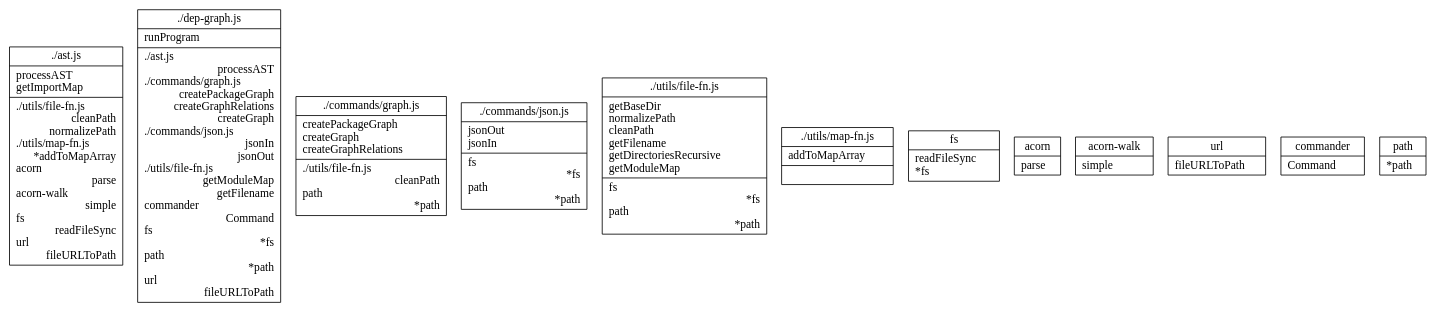
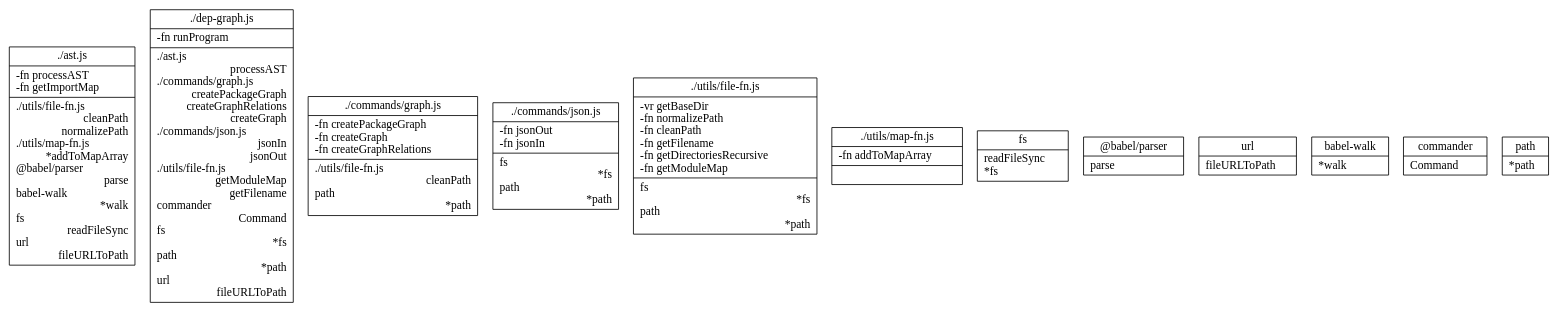
The diagram in __tests__/out-eg/srcDependencies.dot (fleebe/dep-graph), drawn with Graphviz before and after one commit. The commit also changed 14 other files, not shown here.

```diff
--- a/__tests__/out-eg/srcDependencies.dot
+++ b/__tests__/out-eg/srcDependencies.dot
@@ -1,86 +1,86 @@
 digraph {
 node [shape=record];
 "./ast.js" [label="{ ./ast.js | 
-	 processAST \l
-	 getImportMap \l
+	 -fn processAST \l
+	 -fn getImportMap \l
 |		./utils/file-fn.js\l		cleanPath\r
 		normalizePath\r
 		./utils/map-fn.js\l		*addToMapArray\r
-		acorn\l		parse\r
-		acorn-walk\l		simple\r
+		@babel/parser\l		parse\r
+		babel-walk\l		*walk\r
 		fs\l		readFileSync\r
 		url\l		fileURLToPath\r
 }"];
 
 "./dep-graph.js" [label="{ ./dep-graph.js | 
-	 runProgram \l
+	 -fn runProgram \l
 |		./ast.js\l		processAST\r
 		./commands/graph.js\l		createPackageGraph\r
 		createGraphRelations\r
 		createGraph\r
 		./commands/json.js\l		jsonIn\r
 		jsonOut\r
 		./utils/file-fn.js\l		getModuleMap\r
 		getFilename\r
 		commander\l		Command\r
 		fs\l		*fs\r
 		path\l		*path\r
 		url\l		fileURLToPath\r
 }"];
 
 "./commands/graph.js" [label="{ ./commands/graph.js | 
-	 createPackageGraph \l
-	 createGraph \l
-	 createGraphRelations \l
+	 -fn createPackageGraph \l
+	 -fn createGraph \l
+	 -fn createGraphRelations \l
 |		./utils/file-fn.js\l		cleanPath\r
 		path\l		*path\r
 }"];
 
 "./commands/json.js" [label="{ ./commands/json.js | 
-	 jsonOut \l
-	 jsonIn \l
+	 -fn jsonOut \l
+	 -fn jsonIn \l
 |		fs\l		*fs\r
 		path\l		*path\r
 }"];
 
 "./utils/file-fn.js" [label="{ ./utils/file-fn.js | 
-	 getBaseDir \l
-	 normalizePath \l
-	 cleanPath \l
-	 getFilename \l
-	 getDirectoriesRecursive \l
-	 getModuleMap \l
+	 -vr getBaseDir \l
+	 -fn normalizePath \l
+	 -fn cleanPath \l
+	 -fn getFilename \l
+	 -fn getDirectoriesRecursive \l
+	 -fn getModuleMap \l
 |		fs\l		*fs\r
 		path\l		*path\r
 }"];
 
 "./utils/map-fn.js" [label="{ ./utils/map-fn.js | 
-	 addToMapArray \l
+	 -fn addToMapArray \l
 |}"];
 
 "fs" [label="{fs|
 	readFileSync\l
 	*fs\l
 }"];
 
-"acorn" [label="{acorn|
+"@babel/parser" [label="{@babel/parser|
 	parse\l
-}"];
-
-"acorn-walk" [label="{acorn-walk|
-	simple\l
 }"];
 
 "url" [label="{url|
 	fileURLToPath\l
+}"];
+
+"babel-walk" [label="{babel-walk|
+	*walk\l
 }"];
 
 "commander" [label="{commander|
 	Command\l
 }"];
 
 "path" [label="{path|
 	*path\l
 }"];
 
 }
```
